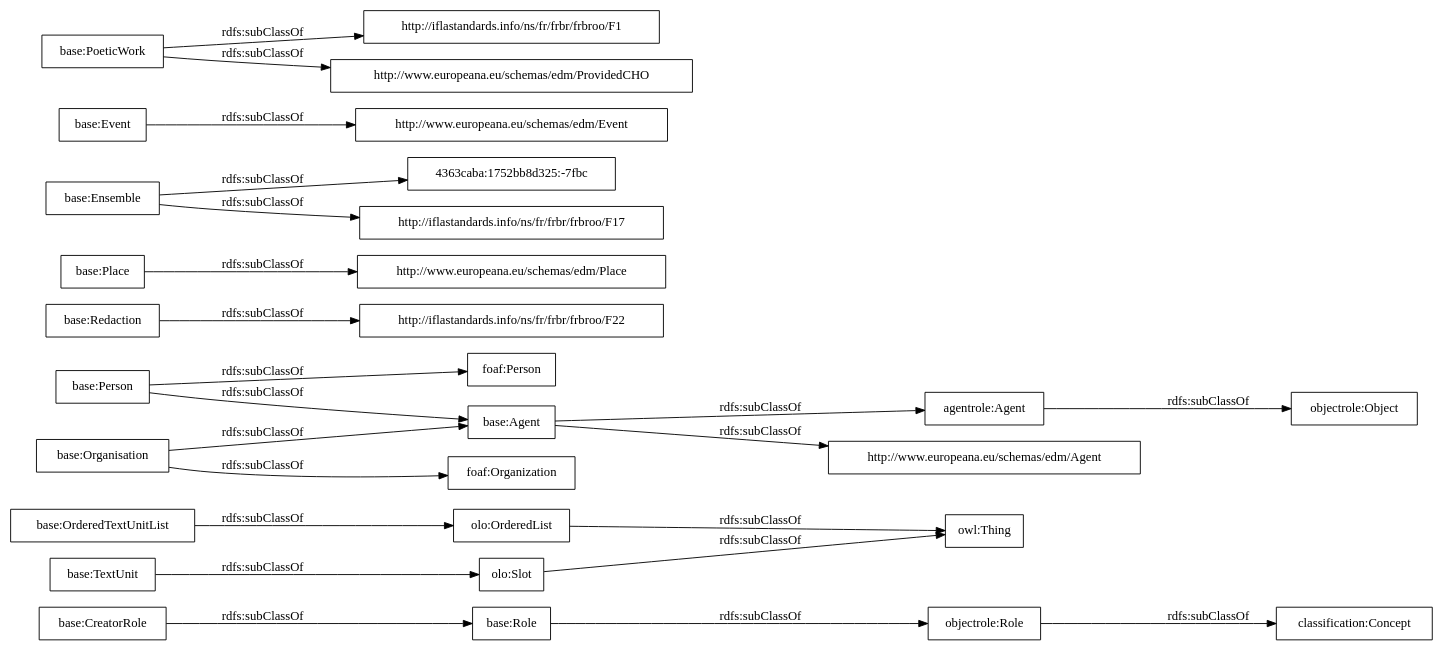
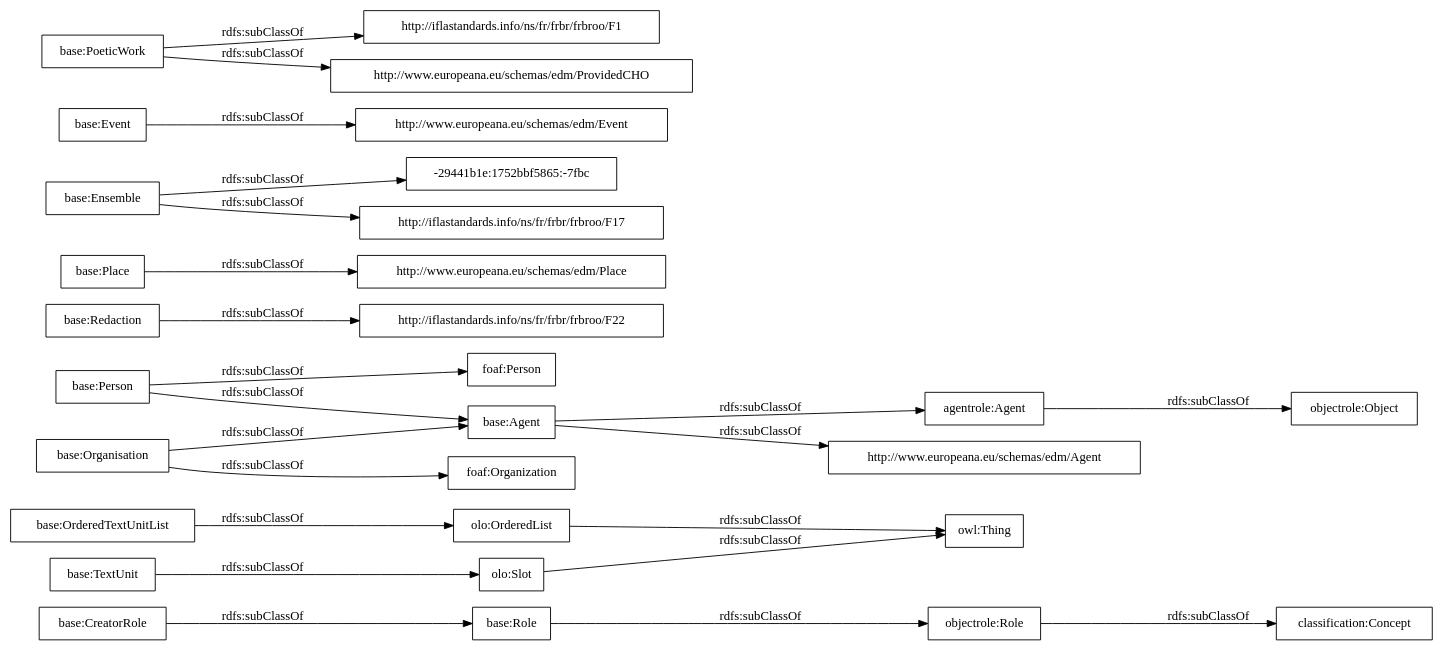
Before and after one commit to OnToologyUser/core-ontology-1: the diagram in OnToology/postdata-core.owl/diagrams/ar2dtool-taxonomy/postdata-core.owl.png.dot, drawn with Graphviz. The commit also changed 14 other files, not shown here.

```diff
--- a/OnToology/postdata-core.owl/diagrams/ar2dtool-taxonomy/postdata-core.owl.png.dot
+++ b/OnToology/postdata-core.owl/diagrams/ar2dtool-taxonomy/postdata-core.owl.png.dot
@@ -1,27 +1,27 @@
 digraph ar2dtool_diagram { 
 rankdir=LR;
 size="1000"
-node [shape = rectangle, color="black"]; "base:Role" "base:OrderedTextUnitList" "agentrole:Agent" "http://iflastandards.info/ns/fr/frbr/frbroo/F22" "http://www.europeana.eu/schemas/edm/Agent" "base:Agent" "base:CreatorRole" "base:Person" "base:Organisation" "http://www.europeana.eu/schemas/edm/Place" "base:Redaction" "base:Ensemble" "foaf:Person" "http://www.europeana.eu/schemas/edm/Event" "base:TextUnit" "http://iflastandards.info/ns/fr/frbr/frbroo/F1" "foaf:Organization" "http://www.europeana.eu/schemas/edm/ProvidedCHO" "base:Place" "base:Event" "4363caba:1752bb8d325:-7fbc" "base:PoeticWork" "http://iflastandards.info/ns/fr/frbr/frbroo/F17" "owl:Thing" "objectrole:Role" "objectrole:Object" "olo:Slot" "olo:OrderedList" "classification:Concept" ; /*classes style*/
+node [shape = rectangle, color="black"]; "base:Role" "base:OrderedTextUnitList" "agentrole:Agent" "http://iflastandards.info/ns/fr/frbr/frbroo/F22" "http://www.europeana.eu/schemas/edm/Agent" "base:Agent" "base:CreatorRole" "base:Person" "base:Organisation" "http://www.europeana.eu/schemas/edm/Place" "base:Redaction" "-29441b1e:1752bbf5865:-7fbc" "base:Ensemble" "foaf:Person" "http://www.europeana.eu/schemas/edm/Event" "base:TextUnit" "http://iflastandards.info/ns/fr/frbr/frbroo/F1" "foaf:Organization" "http://www.europeana.eu/schemas/edm/ProvidedCHO" "base:Place" "base:Event" "base:PoeticWork" "http://iflastandards.info/ns/fr/frbr/frbroo/F17" "owl:Thing" "objectrole:Role" "objectrole:Object" "olo:Slot" "olo:OrderedList" "classification:Concept" ; /*classes style*/
 	"base:Redaction" -> "http://iflastandards.info/ns/fr/frbr/frbroo/F22" [ label = "rdfs:subClassOf" ];
 	"base:Role" -> "objectrole:Role" [ label = "rdfs:subClassOf" ];
 	"base:Event" -> "http://www.europeana.eu/schemas/edm/Event" [ label = "rdfs:subClassOf" ];
 	"base:Person" -> "foaf:Person" [ label = "rdfs:subClassOf" ];
 	"base:Person" -> "base:Agent" [ label = "rdfs:subClassOf" ];
 	"olo:OrderedList" -> "owl:Thing" [ label = "rdfs:subClassOf" ];
 	"olo:Slot" -> "owl:Thing" [ label = "rdfs:subClassOf" ];
 	"base:PoeticWork" -> "http://www.europeana.eu/schemas/edm/ProvidedCHO" [ label = "rdfs:subClassOf" ];
 	"base:PoeticWork" -> "http://iflastandards.info/ns/fr/frbr/frbroo/F1" [ label = "rdfs:subClassOf" ];
 	"base:TextUnit" -> "olo:Slot" [ label = "rdfs:subClassOf" ];
 	"agentrole:Agent" -> "objectrole:Object" [ label = "rdfs:subClassOf" ];
-	"base:Ensemble" -> "4363caba:1752bb8d325:-7fbc" [ label = "rdfs:subClassOf" ];
+	"base:Ensemble" -> "-29441b1e:1752bbf5865:-7fbc" [ label = "rdfs:subClassOf" ];
 	"base:Ensemble" -> "http://iflastandards.info/ns/fr/frbr/frbroo/F17" [ label = "rdfs:subClassOf" ];
 	"base:OrderedTextUnitList" -> "olo:OrderedList" [ label = "rdfs:subClassOf" ];
 	"base:Agent" -> "agentrole:Agent" [ label = "rdfs:subClassOf" ];
 	"base:Agent" -> "http://www.europeana.eu/schemas/edm/Agent" [ label = "rdfs:subClassOf" ];
 	"objectrole:Role" -> "classification:Concept" [ label = "rdfs:subClassOf" ];
 	"base:Place" -> "http://www.europeana.eu/schemas/edm/Place" [ label = "rdfs:subClassOf" ];
 	"base:Organisation" -> "foaf:Organization" [ label = "rdfs:subClassOf" ];
 	"base:Organisation" -> "base:Agent" [ label = "rdfs:subClassOf" ];
 	"base:CreatorRole" -> "base:Role" [ label = "rdfs:subClassOf" ];
 
 }
```
